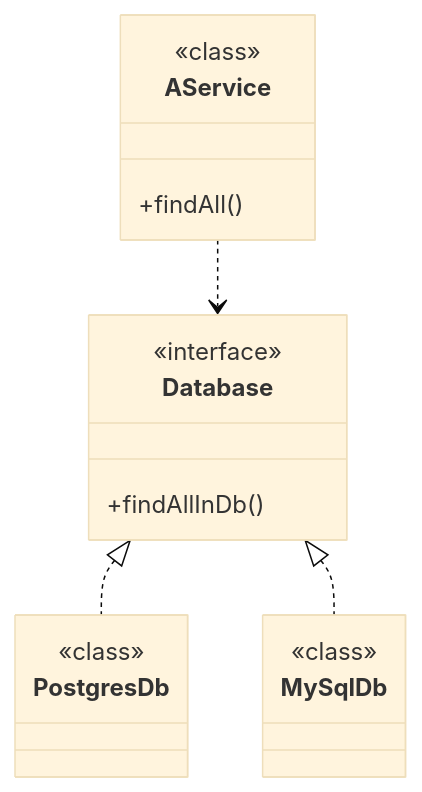
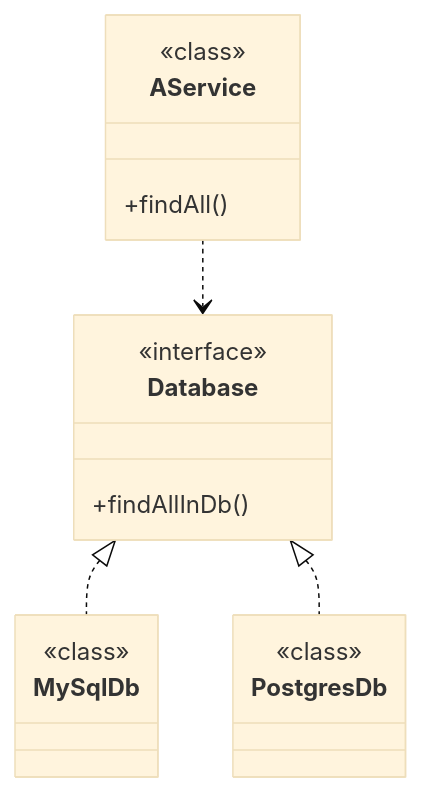
Before and after one commit to Zomzog/iut-spring-kotlin: the third of 3 diagrams in slides/pages/c1/di.md, drawn with Mermaid (base theme). The commit also changed other lines of this file and 86 other files, not shown here.

````diff
--- a/slides/pages/c1/di.md
+++ b/slides/pages/c1/di.md
@@ -163,21 +99,21 @@
 ```mermaid
 classDiagram
     direction TD
     class AService {
         <<class>>
         +findAll()
     }
     class Database {
         <<interface>>
         +findAllInDb()
     }
+    class MySqlDb {
+        <<class>>
+    }
     class PostgresDb {
         <<class>>
     }
-    class MySqlDb {
-        <<class>>
-    }
     AService ..> Database
+    Database <|.. MySqlDb
     Database <|.. PostgresDb
-    Database <|.. MySqlDb
 ```
````
